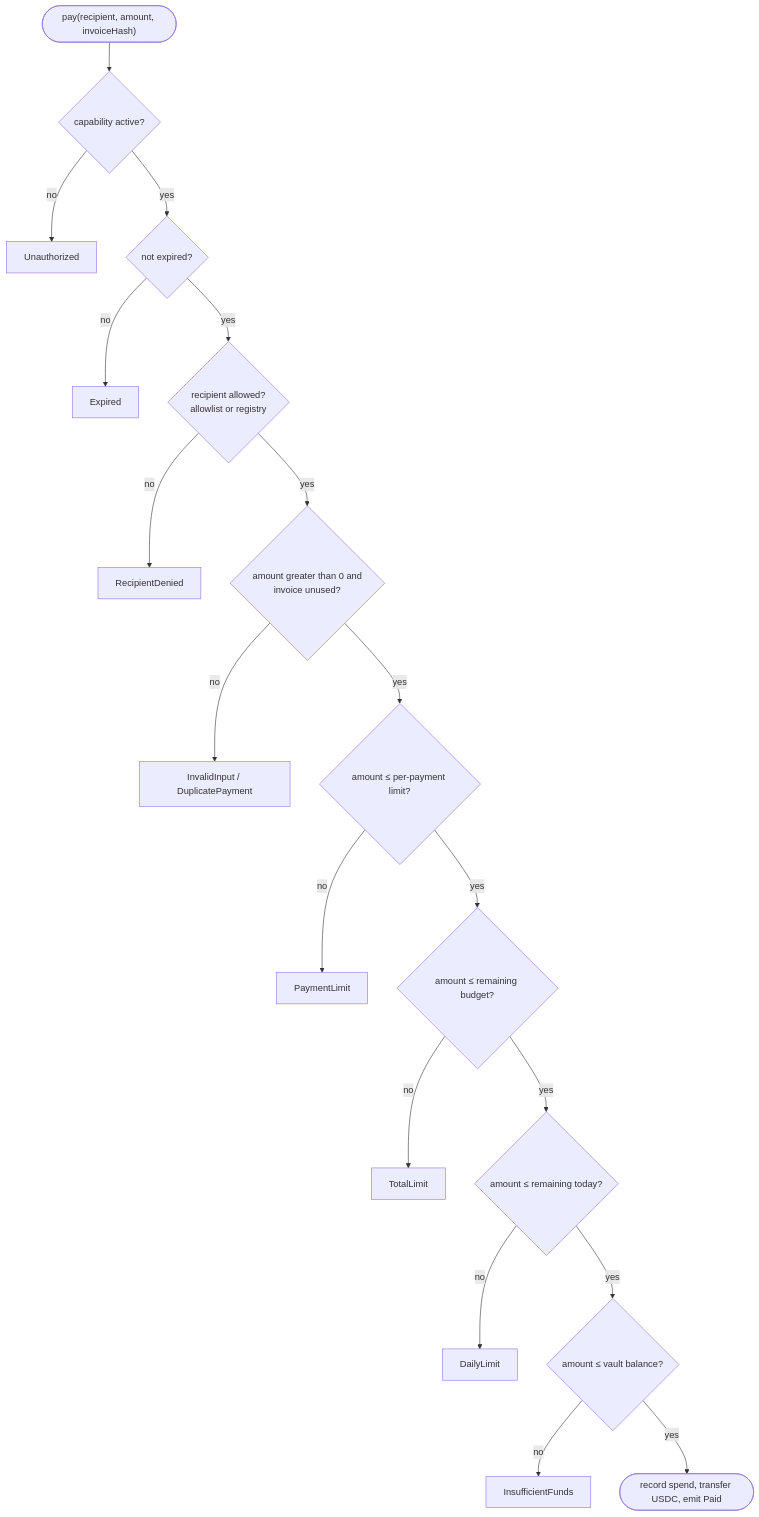
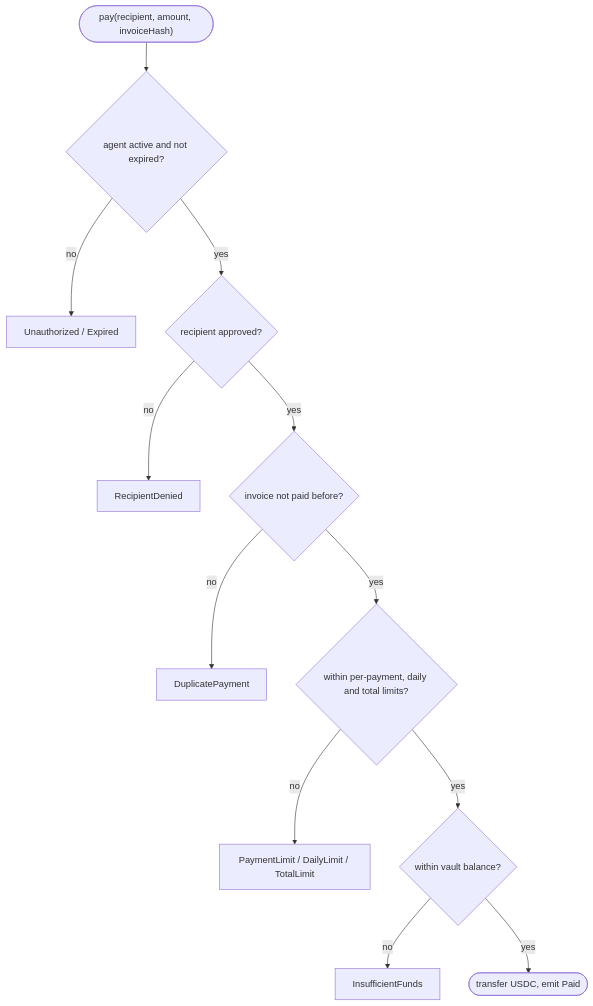
Before and after one commit to Lakshmikanth-3/ArcSteward: the fourth of 4 diagrams in README.md, drawn with Mermaid. The commit also changed other lines of this file, not shown here.

Commit message:
README: rewrite around EarlyPay with working flow, decision and architecture diagrams

````diff
--- a/README.md
+++ b/README.md
@@ -232,20 +145,14 @@
 ```mermaid
 flowchart TD
-  S(["pay(recipient, amount, invoiceHash)"]) --> A{capability active?}
-  A -- no --> E1[Unauthorized]
-  A -- yes --> B{not expired?}
-  B -- no --> E2[Expired]
-  B -- yes --> C{recipient allowed?<br/>allowlist or registry}
+  S(["pay(recipient, amount, invoiceHash)"]) --> A{agent active and not expired?}
+  A -- no --> E1[Unauthorized / Expired]
+  A -- yes --> C{recipient approved?}
   C -- no --> E3[RecipientDenied]
-  C -- yes --> D{amount greater than 0 and<br/>invoice unused?}
-  D -- no --> E4[InvalidInput / DuplicatePayment]
-  D -- yes --> F{amount ≤ per-payment limit?}
-  F -- no --> E5[PaymentLimit]
-  F -- yes --> G{amount ≤ remaining budget?}
-  G -- no --> E6[TotalLimit]
-  G -- yes --> H{amount ≤ remaining today?}
-  H -- no --> E7[DailyLimit]
-  H -- yes --> I{amount ≤ vault balance?}
+  C -- yes --> D{invoice not paid before?}
+  D -- no --> E4[DuplicatePayment]
+  D -- yes --> F{within per-payment, daily and total limits?}
+  F -- no --> E5[PaymentLimit / DailyLimit / TotalLimit]
+  F -- yes --> I{within vault balance?}
   I -- no --> E8[InsufficientFunds]
-  I -- yes --> OK([record spend, transfer USDC, emit Paid])
+  I -- yes --> OK([transfer USDC, emit Paid])
 ```
````
